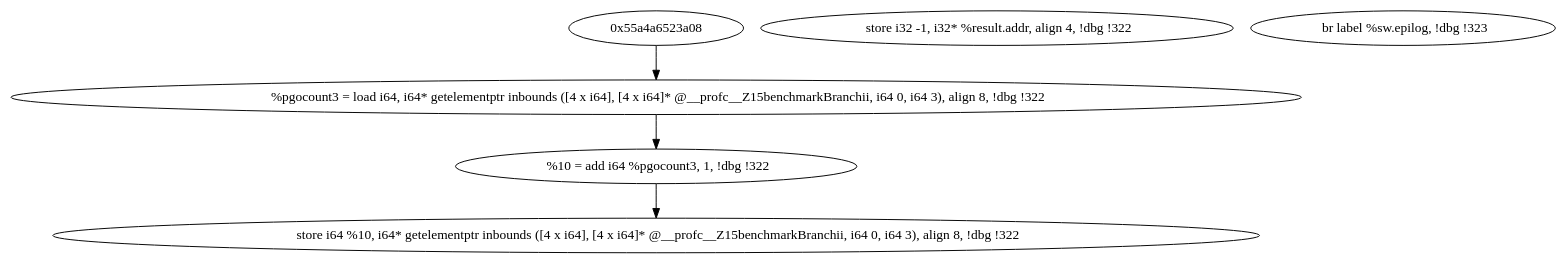
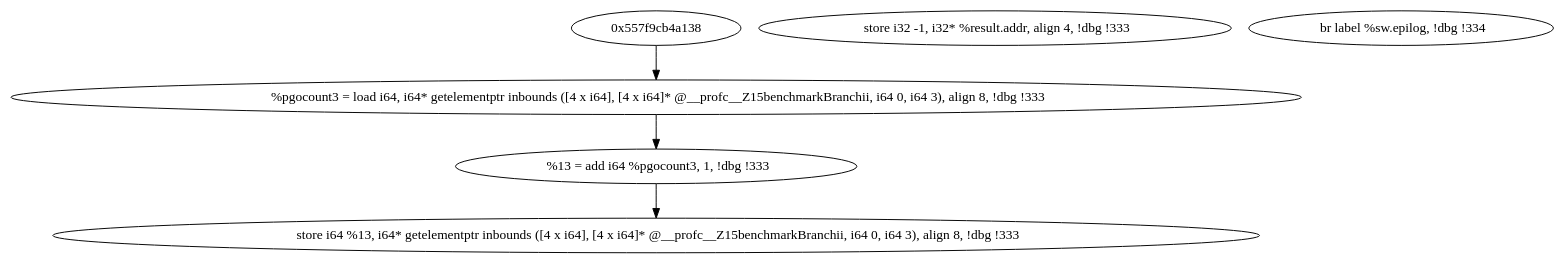
The diagram in benchmarks/correctness/_Z15benchmarkBranchii_ddg_sw.default.dot (rudrajyotiroy/mirrormaze), drawn with Graphviz before and after one commit. The commit also changed 17 other files, not shown here.

```diff
--- a/benchmarks/correctness/_Z15benchmarkBranchii_ddg_sw.default.dot
+++ b/benchmarks/correctness/_Z15benchmarkBranchii_ddg_sw.default.dot
@@ -1,10 +1,10 @@
 digraph DDG {
-  "0x55a4a6527610" [label="  %pgocount3 = load i64, i64* getelementptr inbounds ([4 x i64], [4 x i64]* @__profc__Z15benchmarkBranchii, i64 0, i64 3), align 8, !dbg !322"];
-  "0x55a4a65276d0" [label="  %10 = add i64 %pgocount3, 1, !dbg !322"];
-  "0x55a4a6527760" [label="  store i64 %10, i64* getelementptr inbounds ([4 x i64], [4 x i64]* @__profc__Z15benchmarkBranchii, i64 0, i64 3), align 8, !dbg !322"];
-  "0x55a4a65277f0" [label="  store i32 -1, i32* %result.addr, align 4, !dbg !322"];
-  "0x55a4a6527860" [label="  br label %sw.epilog, !dbg !323"];
-  "0x55a4a6523a08" -> "0x55a4a6527610";
-  "0x55a4a6527610" -> "0x55a4a65276d0";
-  "0x55a4a65276d0" -> "0x55a4a6527760";
+  "0x557f9cb390d0" [label="  %pgocount3 = load i64, i64* getelementptr inbounds ([4 x i64], [4 x i64]* @__profc__Z15benchmarkBranchii, i64 0, i64 3), align 8, !dbg !333"];
+  "0x557f9cb39190" [label="  %13 = add i64 %pgocount3, 1, !dbg !333"];
+  "0x557f9cb39220" [label="  store i64 %13, i64* getelementptr inbounds ([4 x i64], [4 x i64]* @__profc__Z15benchmarkBranchii, i64 0, i64 3), align 8, !dbg !333"];
+  "0x557f9cb392b0" [label="  store i32 -1, i32* %result.addr, align 4, !dbg !333"];
+  "0x557f9cb39320" [label="  br label %sw.epilog, !dbg !334"];
+  "0x557f9cb390d0" -> "0x557f9cb39190";
+  "0x557f9cb39190" -> "0x557f9cb39220";
+  "0x557f9cb4a138" -> "0x557f9cb390d0";
 }
```
